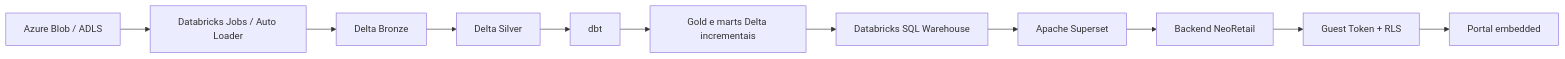
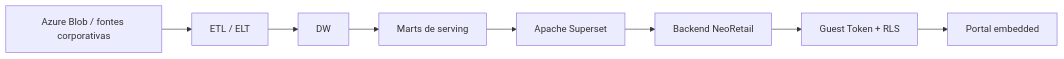
The second of 2 diagrams in README.md (isaiasj29061996/neoretail-superset-multitenant-poc), drawn with Mermaid before and after one commit. The commit also changed other lines of this file, not shown here.

````diff
--- a/README.md
+++ b/README.md
@@ -71,13 +77,10 @@
 ```mermaid
 flowchart LR
-    A[Azure Blob / ADLS] --> B[Databricks Jobs / Auto Loader]
-    B --> C[Delta Bronze]
-    C --> D[Delta Silver]
-    D --> E[dbt]
-    E --> F[Gold e marts Delta incrementais]
-    F --> G[Databricks SQL Warehouse]
-    G --> H[Apache Superset]
-    H --> I[Backend NeoRetail]
-    I --> J[Guest Token + RLS]
-    J --> K[Portal embedded]
+    A[Azure Blob / fontes corporativas] --> B[ETL / ELT]
+    B --> C[DW]
+    C --> D[Marts de serving]
+    D --> E[Apache Superset]
+    E --> F[Backend NeoRetail]
+    F --> G[Guest Token + RLS]
+    G --> H[Portal embedded]
 ```
````
